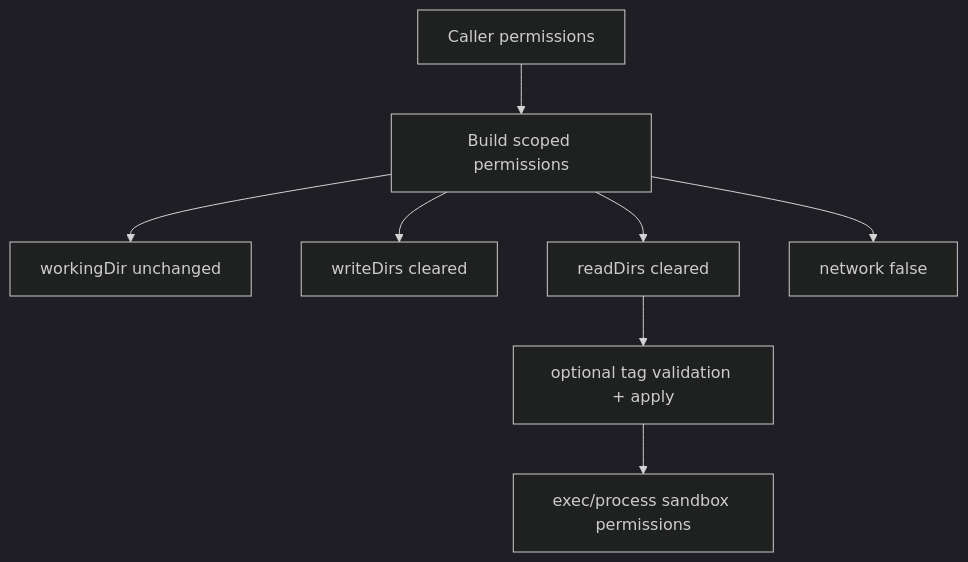
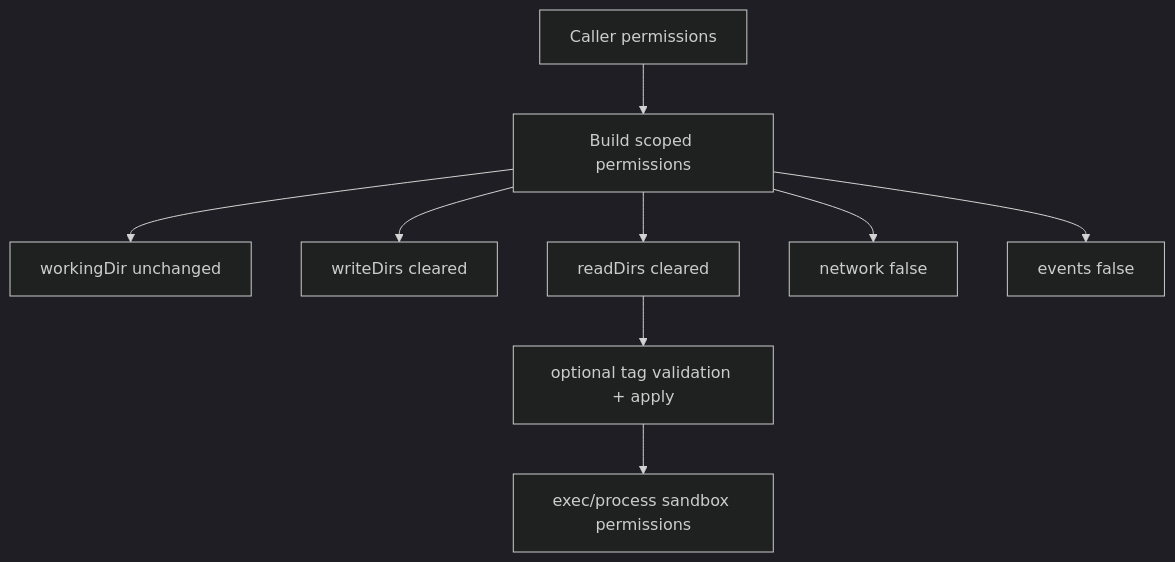
One commit to ex3ndr/daycare changed the sixth of 10 diagrams in doc/internals/permissions.md. Above: the diagram before and after it, drawn with Mermaid (dark theme). The commit also changed other lines of this file and 63 other files, not shown here.

````diff
--- a/doc/internals/permissions.md
+++ b/doc/internals/permissions.md
@@ -126,10 +126,11 @@
 ```mermaid
 flowchart TD
   A[Caller permissions] --> B[Build scoped permissions]
   B --> C[workingDir unchanged]
   B --> D[writeDirs cleared]
   B --> D2[readDirs cleared]
   B --> E[network false]
+  B --> E2[events false]
   D2 --> I[optional tag validation + apply]
   I --> J[exec/process sandbox permissions]
 ```
````
